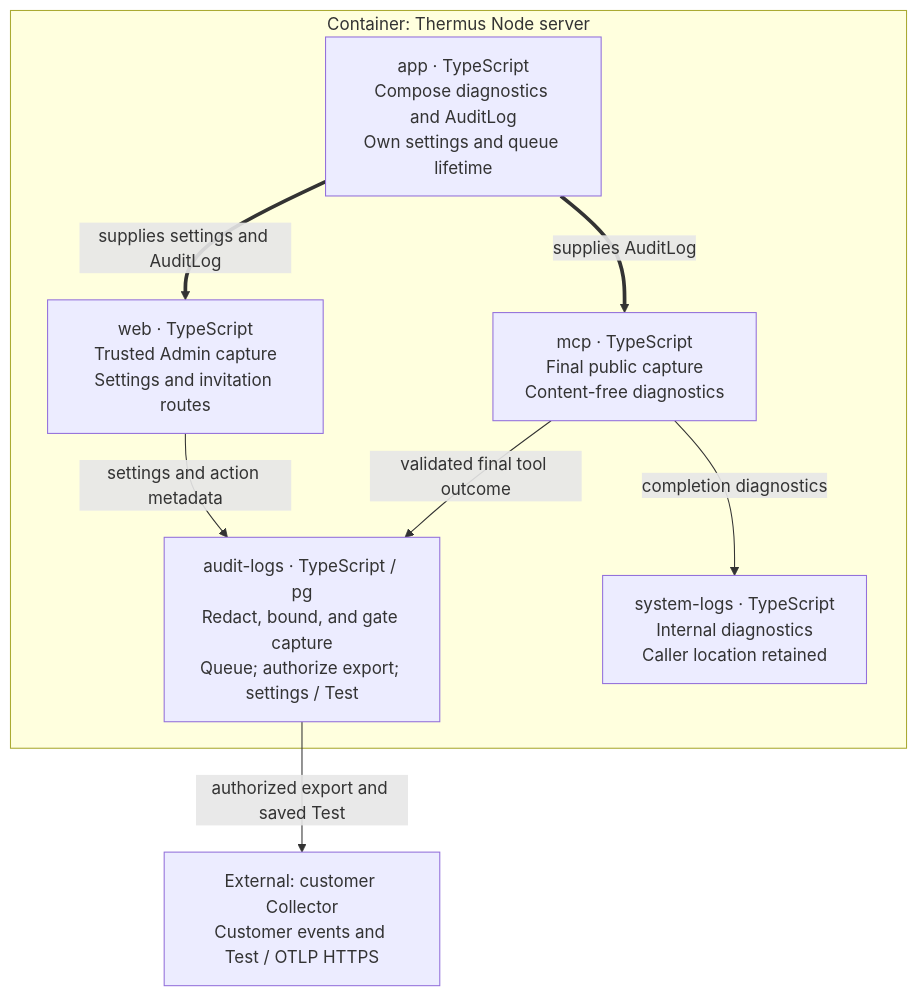
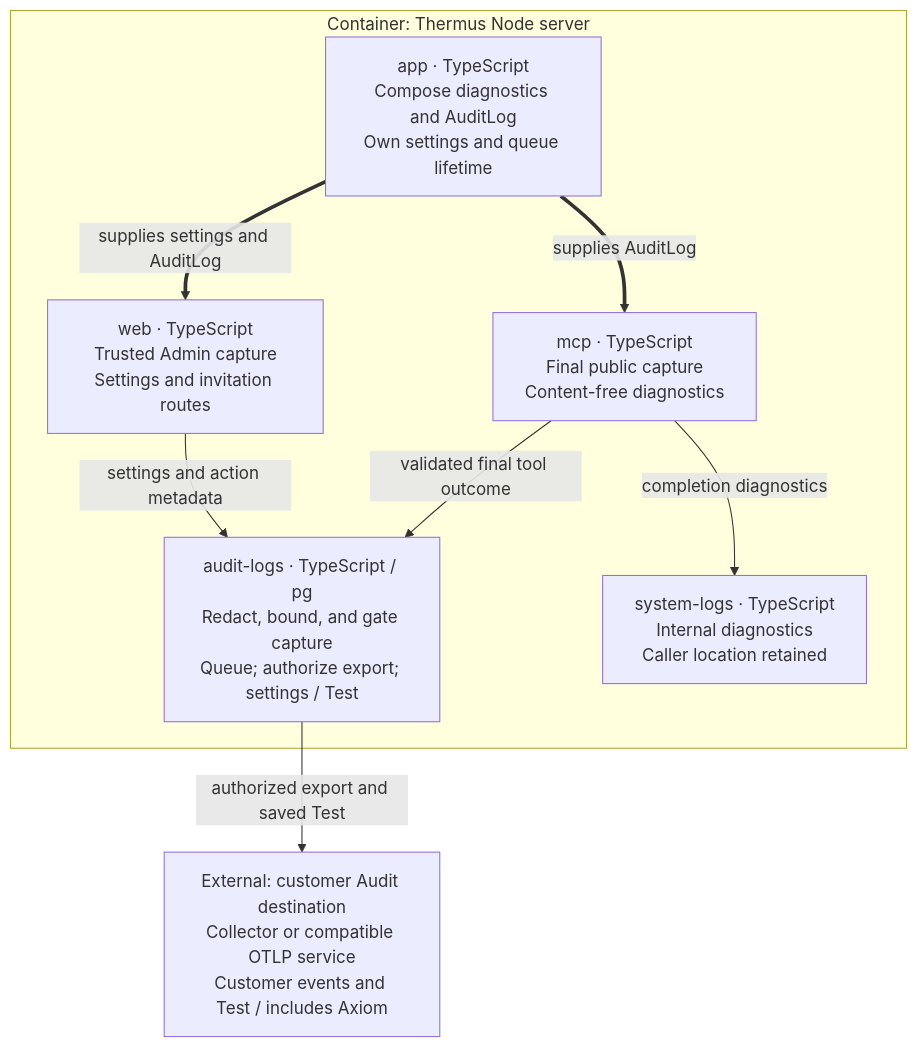
Before and after one commit to tomer-mayara/Thermus: the seventh of 13 diagrams in architecture/components.md, drawn with Mermaid. The commit also changed other lines of this file and 57 other files, not shown here.

Commit message:
Add direct Axiom Audit destinations and prepare rollout notices

````diff
--- a/architecture/components.md
+++ b/architecture/components.md
@@ -309,17 +318,17 @@
 ```mermaid
 flowchart TB
   subgraph logs_server["Container: Thermus Node server"]
     logs_app["app · TypeScript<br/>Compose diagnostics and AuditLog<br/>Own settings and queue lifetime"]
     logs_mcp["mcp · TypeScript<br/>Final public capture<br/>Content-free diagnostics"]
     logs_web["web · TypeScript<br/>Trusted Admin capture<br/>Settings and invitation routes"]
     logs_audit["audit-logs · TypeScript / pg<br/>Redact, bound, and gate capture<br/>Queue; authorize export; settings / Test"]
     logs_system["system-logs · TypeScript<br/>Internal diagnostics<br/>Caller location retained"]
   end
-  logs_collector["External: customer Collector<br/>Customer events and Test / OTLP HTTPS"]
+  logs_collector["External: customer Audit destination<br/>Collector or compatible OTLP service<br/>Customer events and Test / includes Axiom"]
   logs_app ==>|supplies AuditLog| logs_mcp
   logs_app ==>|supplies settings and AuditLog| logs_web
   logs_mcp -->|validated final tool outcome| logs_audit
   logs_web -->|settings and action metadata| logs_audit
   logs_mcp -->|completion diagnostics| logs_system
   logs_audit -->|authorized export and saved Test| logs_collector
 ```
````
